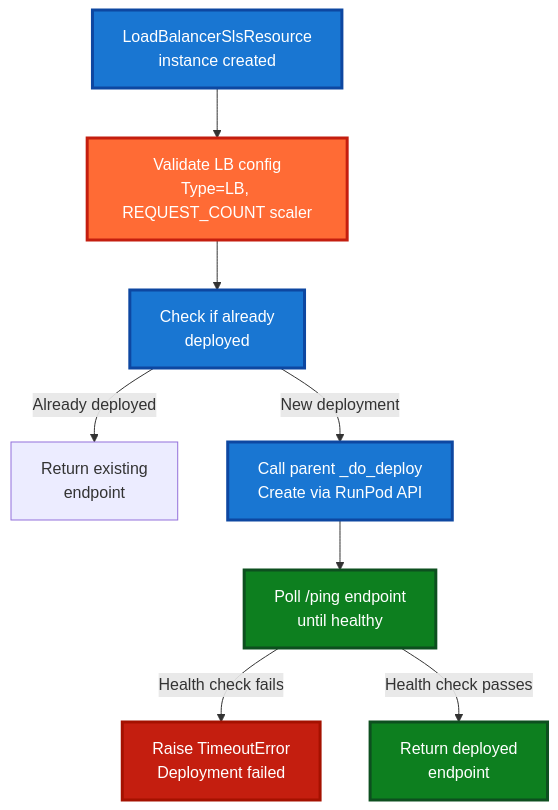
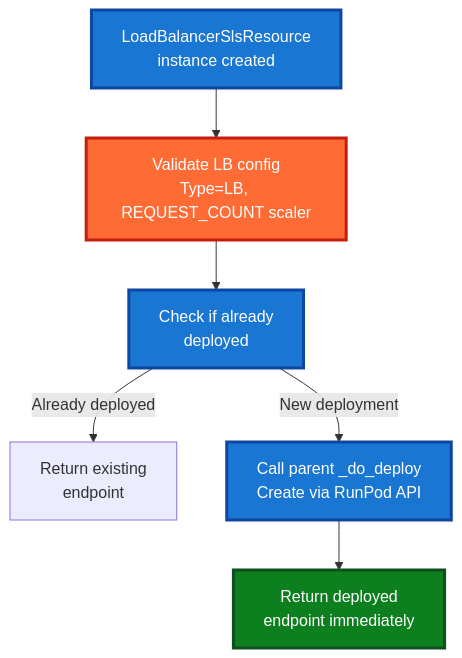
Before and after one commit to runpod/tetra-rp: the first of 2 diagrams in docs/Load_Balancer_Endpoints.md, drawn with Mermaid. The commit also changed other lines of this file and 3 other files, not shown here.

First line of the commit message:
perf: fail build fast on size limit, remove blocking LB health check (#182)

````diff
--- a/docs/Load_Balancer_Endpoints.md
+++ b/docs/Load_Balancer_Endpoints.md
@@ -47,18 +47,14 @@
 ```mermaid
 graph TD
     A["LoadBalancerSlsResource<br/>instance created"] --> B["Validate LB config<br/>Type=LB, REQUEST_COUNT scaler"]
     B --> C["Check if already<br/>deployed"]
     C -->|Already deployed| D["Return existing<br/>endpoint"]
     C -->|New deployment| E["Call parent _do_deploy<br/>Create via RunPod API"]
-    E --> F["Poll /ping endpoint<br/>until healthy"]
-    F -->|Health check fails| G["Raise TimeoutError<br/>Deployment failed"]
-    F -->|Health check passes| H["Return deployed<br/>endpoint"]
+    E --> F["Return deployed<br/>endpoint immediately"]
 
     style A fill:#1976d2,stroke:#0d47a1,stroke-width:3px,color:#fff
     style B fill:#ff6b35,stroke:#c41e0f,stroke-width:3px,color:#fff
     style C fill:#1976d2,stroke:#0d47a1,stroke-width:3px,color:#fff
     style E fill:#1976d2,stroke:#0d47a1,stroke-width:3px,color:#fff
     style F fill:#0d7f1f,stroke:#0d4f1f,stroke-width:3px,color:#fff
-    style G fill:#c41e0f,stroke:#a41100,stroke-width:3px,color:#fff
-    style H fill:#0d7f1f,stroke:#0d4f1f,stroke-width:3px,color:#fff
 ```
````
